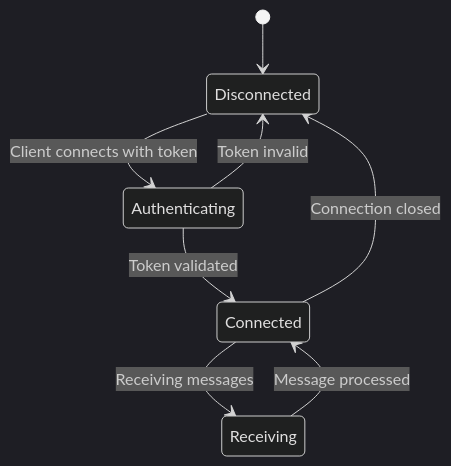
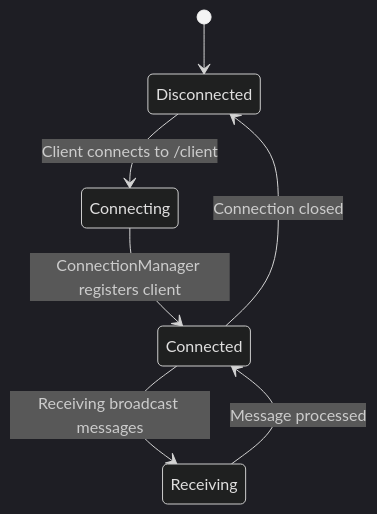
The fourth of 6 diagrams in documentation/COMMUNICATION_PROTOCOL.md (valiobar/receipts), drawn with Mermaid (dark theme) before and after one commit. The commit also changed other lines of this file and 30 other files, not shown here.

````diff
--- a/documentation/COMMUNICATION_PROTOCOL.md
+++ b/documentation/COMMUNICATION_PROTOCOL.md
@@ -1022,10 +1143,9 @@
 ```mermaid
 stateDiagram-v2
     [*] --> Disconnected
-    Disconnected --> Authenticating: Client connects with token
-    Authenticating --> Connected: Token validated
-    Authenticating --> Disconnected: Token invalid
-    Connected --> Receiving: Receiving messages
+    Disconnected --> Connecting: Client connects to /client
+    Connecting --> Connected: ConnectionManager registers client
+    Connected --> Receiving: Receiving broadcast messages
     Receiving --> Connected: Message processed
     Connected --> Disconnected: Connection closed
 ```
````
